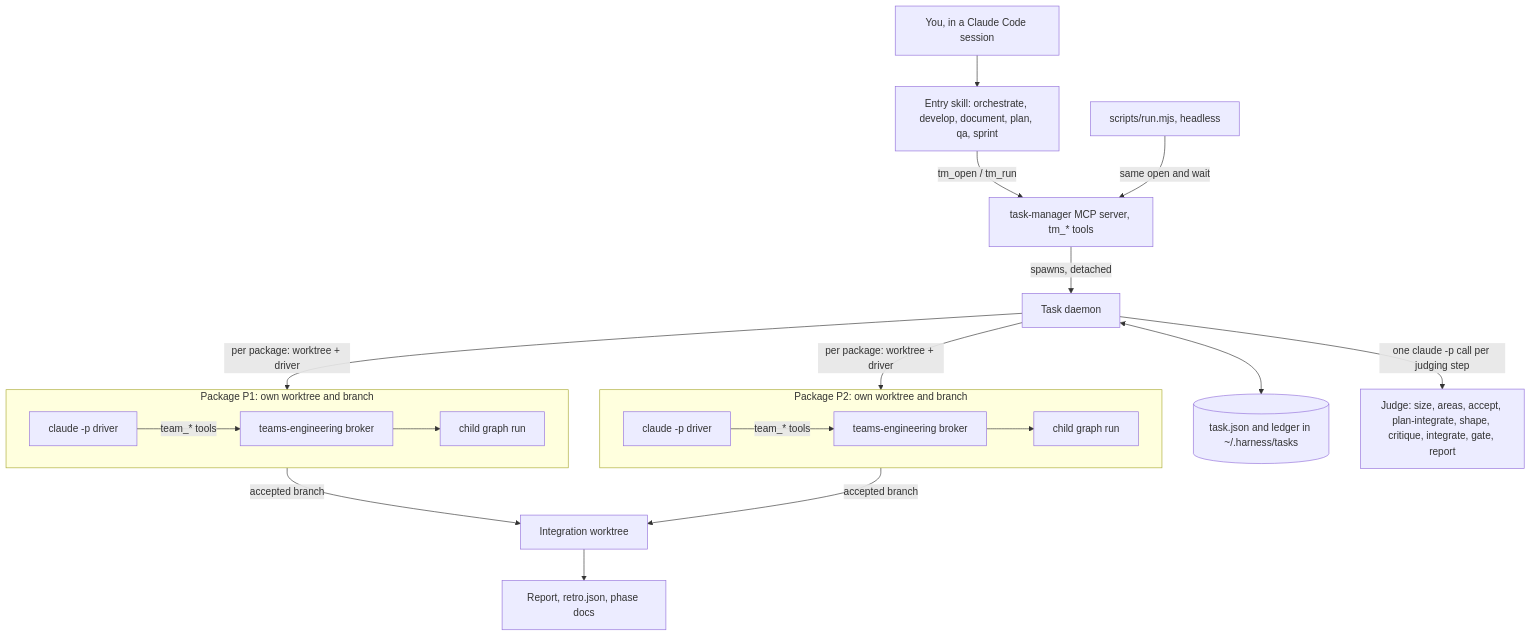
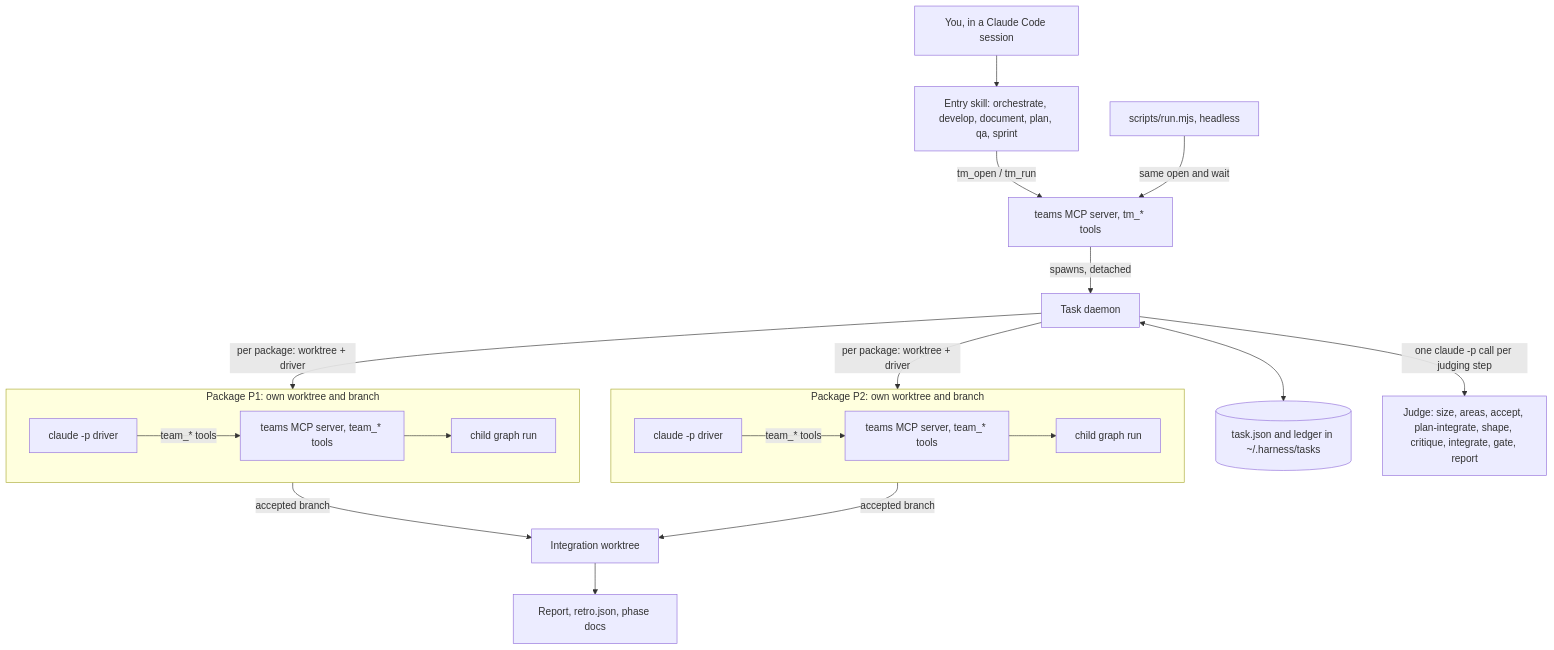
One commit to newkayak12/claude-skills changed the first of 6 diagrams in teams/KOR.md. Above: the diagram before and after it, drawn with Mermaid. The commit also changed other lines of this file and 54 other files, not shown here.

First line of the commit message:
teams: one MCP server (teams/mcp/server.mjs, name teams) serves all 33 tm_/team_/wiki_ tools through stdio.mjs (card 128 step 2, E-d26f7a29)

````diff
--- a/teams/KOR.md
+++ b/teams/KOR.md
@@ -29,22 +29,22 @@
 ```mermaid
 flowchart TB
   U["You, in a Claude Code session"] --> SK["Entry skill: orchestrate, develop, document, plan, qa, sprint"]
-  SK -->|"tm_open / tm_run"| TM["task-manager MCP server, tm_* tools"]
+  SK -->|"tm_open / tm_run"| TM["teams MCP server, tm_* tools"]
   CLI["scripts/run.mjs, headless"] -->|"same open and wait"| TM
   TM -->|"spawns, detached"| DM["Task daemon"]
   DM <--> TJ[("task.json and ledger in ~/.harness/tasks")]
   DM -->|"one claude -p call per judging step"| J["Judge: size, areas, accept, plan-integrate, shape, critique, integrate, gate, report"]
   DM -->|"per package: worktree + driver"| P1
   DM -->|"per package: worktree + driver"| P2
   subgraph P1["Package P1: own worktree and branch"]
-    D1["claude -p driver"] -->|"team_* tools"| B1["teams-engineering broker"]
+    D1["claude -p driver"] -->|"team_* tools"| B1["teams MCP server, team_* tools"]
     B1 --> R1["child graph run"]
   end
   subgraph P2["Package P2: own worktree and branch"]
-    D2["claude -p driver"] -->|"team_* tools"| B2["teams-engineering broker"]
+    D2["claude -p driver"] -->|"team_* tools"| B2["teams MCP server, team_* tools"]
     B2 --> R2["child graph run"]
   end
   P1 -->|"accepted branch"| IT["Integration worktree"]
   P2 -->|"accepted branch"| IT
   IT --> RP["Report, retro.json, phase docs"]
 ```
````
